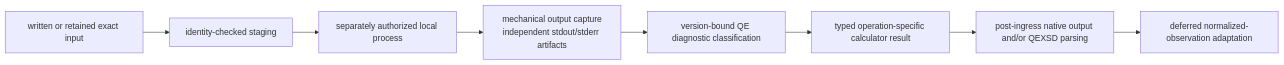
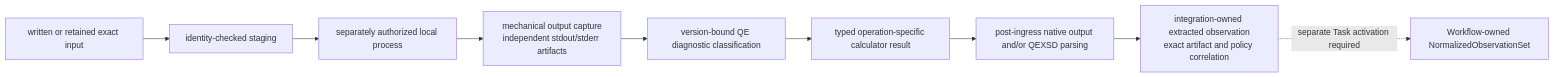
Before and after one commit to eragasa/ksdft2effmass: the second of 2 diagrams in docs/architecture/v2/ksdft2effmass/integration/quantum_espresso/index.md, drawn with Mermaid. The commit also changed other lines of this file and 19 other files, not shown here.

Commit message:
feat: add QE observation adaptation stage

````diff
--- a/docs/architecture/v2/ksdft2effmass/integration/quantum_espresso/index.md
+++ b/docs/architecture/v2/ksdft2effmass/integration/quantum_espresso/index.md
@@ -68,10 +83,11 @@
 ```mermaid
 flowchart LR
     written["written or retained exact input"] --> stage["identity-checked staging"]
     stage --> process["separately authorized local process"]
     process --> capture["mechanical output capture<br/>independent stdout/stderr artifacts"]
     capture --> diagnostics["version-bound QE diagnostic classification"]
     diagnostics --> result["typed operation-specific calculator result"]
     result --> native["post-ingress native output and/or QEXSD parsing"]
-    native --> adapt["deferred normalized-observation adaptation"]
+    native --> adapt["integration-owned extracted observation<br/>exact artifact and policy correlation"]
+    adapt -. "separate Task activation required" .-> normalized["Workflow-owned NormalizedObservationSet"]
 ```
````
